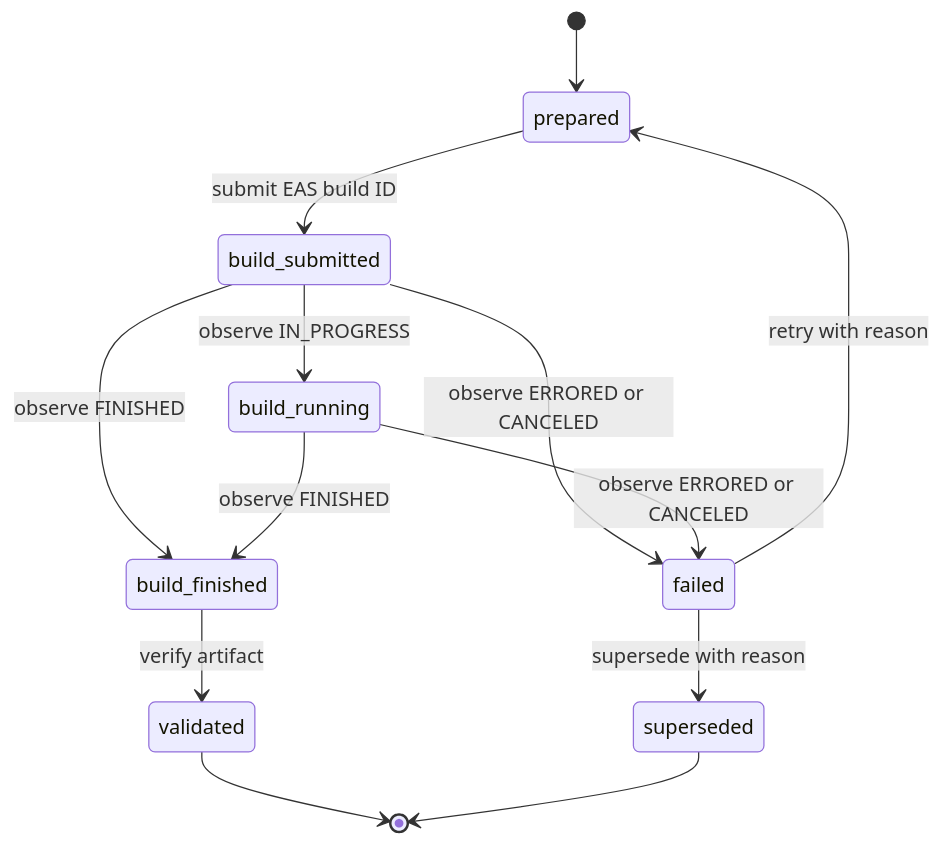
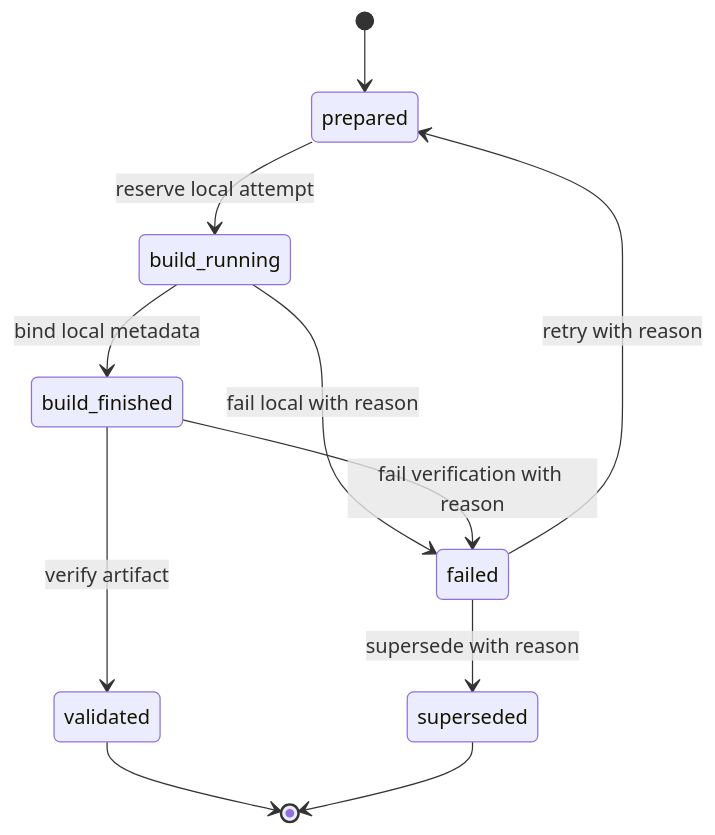
One commit to maximofn/gymnasia changed the fourth of 4 diagrams in openwiki/operations/build-release-and-testing.md. Above: the diagram before and after it, drawn with Mermaid. The commit also changed other lines of this file and 54 other files, not shown here.

````diff
--- a/openwiki/operations/build-release-and-testing.md
+++ b/openwiki/operations/build-release-and-testing.md
@@ -250,15 +254,13 @@
 ```mermaid
 stateDiagram-v2
     [*] --> prepared
-    prepared --> build_submitted: submit EAS build ID
-    build_submitted --> build_running: observe IN_PROGRESS
-    build_submitted --> build_finished: observe FINISHED
-    build_running --> build_finished: observe FINISHED
-    build_submitted --> failed: observe ERRORED or CANCELED
-    build_running --> failed: observe ERRORED or CANCELED
+    prepared --> build_running: reserve local attempt
+    build_running --> build_finished: bind local metadata
+    build_running --> failed: fail local with reason
+    build_finished --> failed: fail verification with reason
     failed --> prepared: retry with reason
     failed --> superseded: supersede with reason
     build_finished --> validated: verify artifact
     validated --> [*]
     superseded --> [*]
 ```
````
